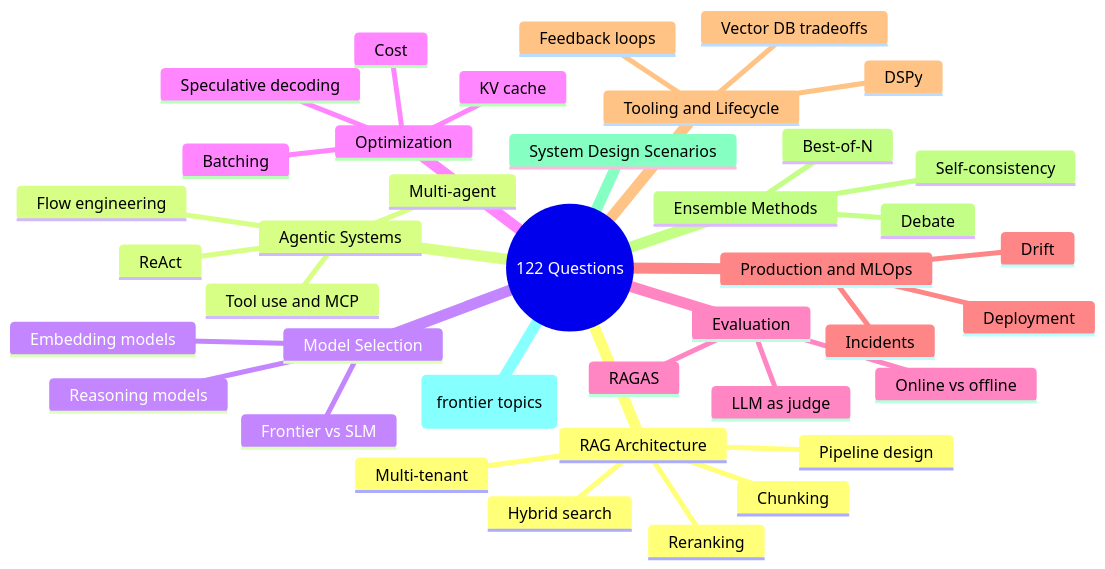
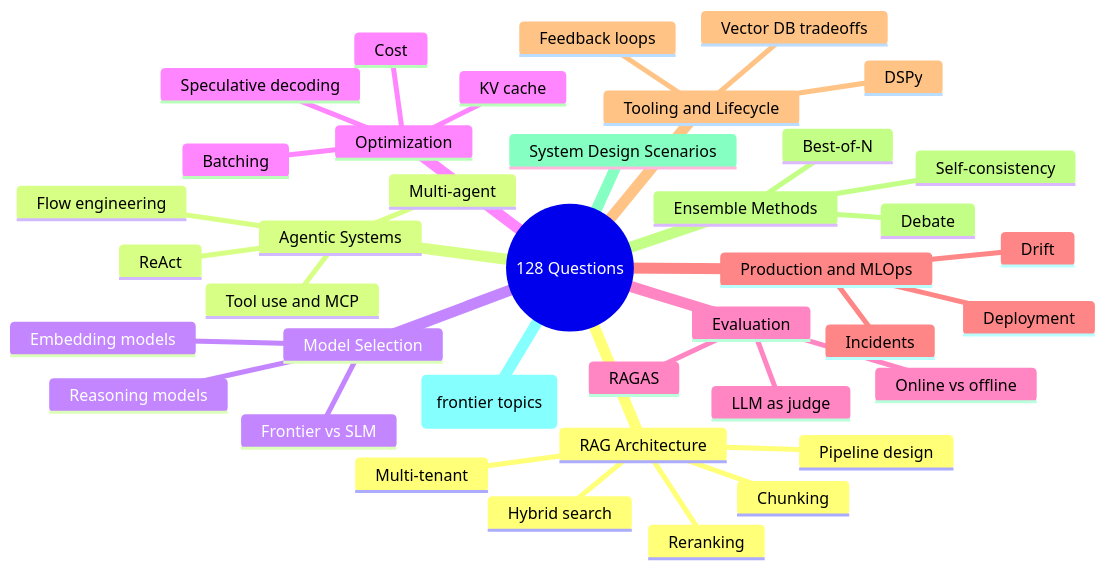
The first of 3 diagrams in 00-interview-prep/01-question-bank.md (BatthulaVinay/ai-system-design-guide), drawn with Mermaid before and after one commit. The commit also changed other lines of this file and 2 other files, not shown here.

First line of the commit message:
feat(prep): add August 2026 advanced questions Q123-Q128

````diff
--- a/00-interview-prep/01-question-bank.md
+++ b/00-interview-prep/01-question-bank.md
@@ -9,42 +9,42 @@
 ```mermaid
 mindmap
-  root((122 Questions))
+  root((128 Questions))
     RAG Architecture
       Pipeline design
       Chunking
       Hybrid search
       Reranking
       Multi-tenant
     Agentic Systems
       ReAct
       Tool use and MCP
       Multi-agent
       Flow engineering
     Model Selection
       Frontier vs SLM
       Reasoning models
       Embedding models
     Optimization
       KV cache
       Speculative decoding
       Batching
       Cost
     Evaluation
       RAGAS
       LLM as judge
       Online vs offline
     Production and MLOps
       Deployment
       Drift
       Incidents
     Tooling and Lifecycle
       Vector DB tradeoffs
       DSPy
       Feedback loops
     Ensemble Methods
       Self-consistency
       Best-of-N
       Debate
     System Design Scenarios
     Advanced sets (frontier topics)
 ```
````
